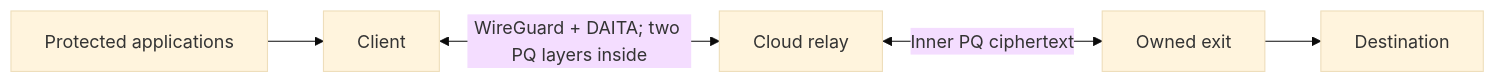
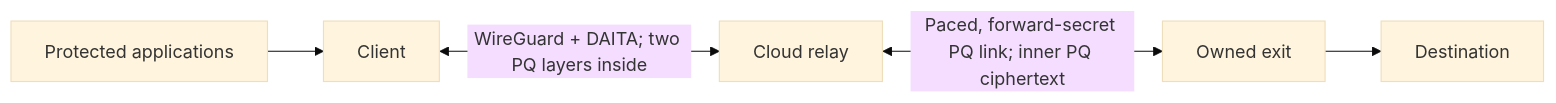
The diagram in README.md (R1VER77/ADVANCED_VPN), drawn with Mermaid (base theme) before and after one commit. The commit also changed other lines of this file, not shown here.

Commit message:
Update README to reflect current architecture, assurance, fee guard and limits

````diff
--- a/README.md
+++ b/README.md
@@ -13,7 +13,7 @@
 ```mermaid
 flowchart LR
     App[Protected applications] --> Client[Client]
     Client <-->|WireGuard + DAITA; two PQ layers inside| Relay[Cloud relay]
-    Relay <-->|Inner PQ ciphertext| Exit[Owned exit]
+    Relay <-->|Paced, forward-secret PQ link; inner PQ ciphertext| Exit[Owned exit]
     Exit --> Internet[Destination]
 ```
````
